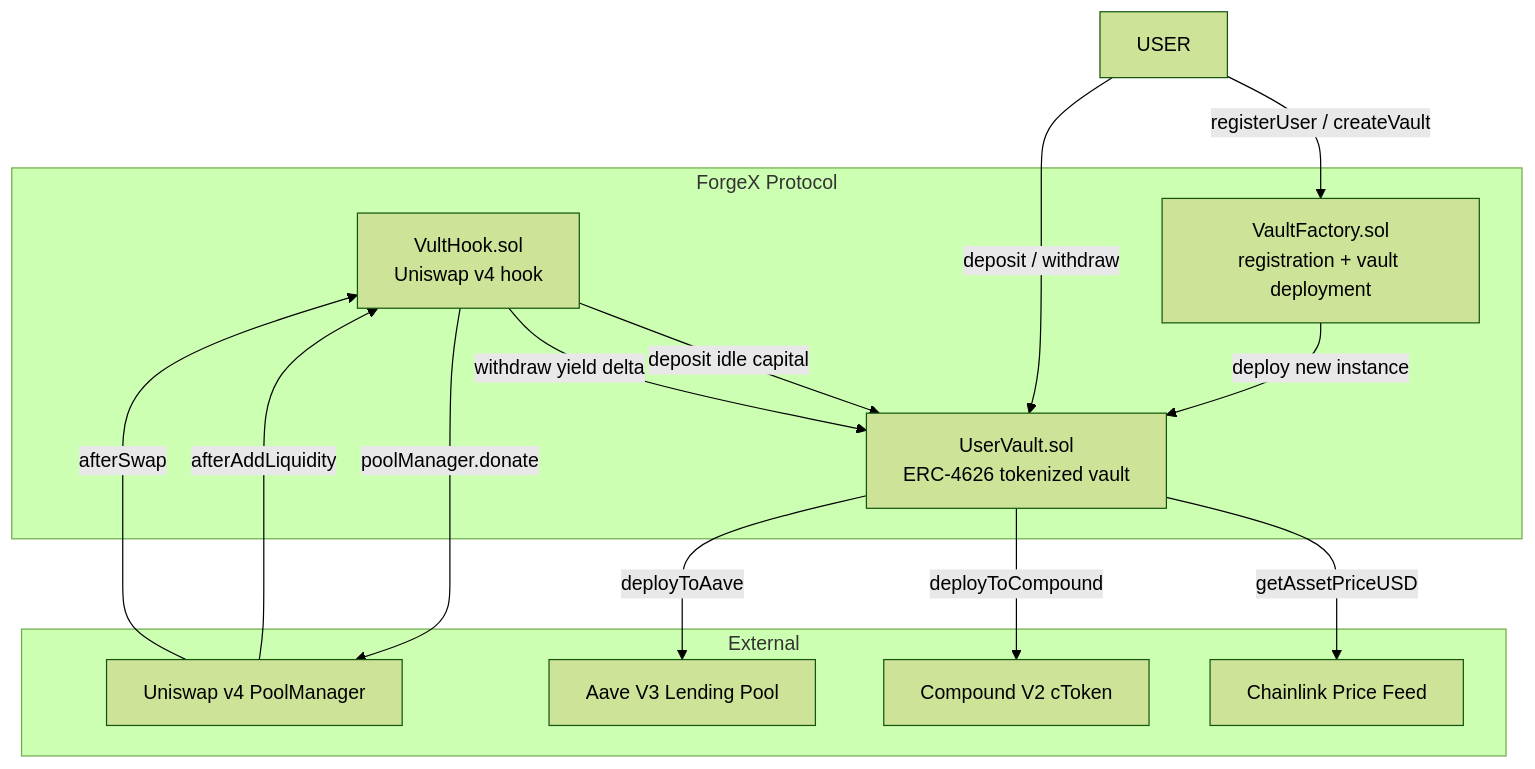
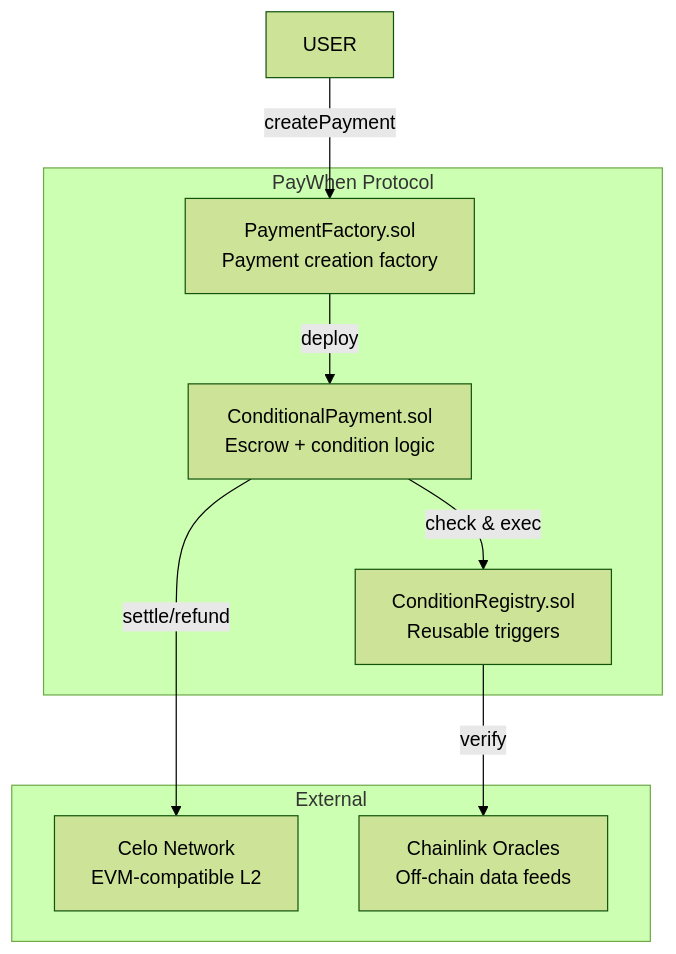
Before and after one commit to thebabalola/paywhen: the diagram in smartcontract/README.md, drawn with Mermaid (forest theme). The commit also changed other lines of this file and 22 other files, not shown here.

First line of the commit message:
refactor: convert ForgeX to PayWhen conditional payment protocol

````diff
--- a/smartcontract/README.md
+++ b/smartcontract/README.md
@@ -32,28 +17,24 @@
 ```mermaid
 graph TD
-    subgraph "ForgeX Protocol"
-        VF[VaultFactory.sol\nregistration + vault deployment]
-        UV[UserVault.sol\nERC-4626 tokenized vault]
-        VH[VultHook.sol\nUniswap v4 hook]
+    subgraph "PayWhen Protocol"
+        PF[PaymentFactory.sol
+        Payment creation factory]
+        CP[ConditionalPayment.sol
+        Escrow + condition logic]
+        CR[ConditionRegistry.sol
+        Reusable triggers]
     end
-
+    
     subgraph "External"
-        PM[Uniswap v4 PoolManager]
-        AAVE[Aave V3 Lending Pool]
-        COMP[Compound V2 cToken]
-        CL[Chainlink Price Feed]
+        CELO[Celo Network
+        EVM-compatible L2]
+        ORACLE[Chainlink Oracles
+        Off-chain data feeds]
     end
-
-    USER -->|registerUser / createVault| VF
-    VF -->|deploy new instance| UV
-    USER -->|deposit / withdraw| UV
-    UV -->|deployToAave| AAVE
-    UV -->|deployToCompound| COMP
-    UV -->|getAssetPriceUSD| CL
-
-    PM -->|afterAddLiquidity| VH
-    VH -->|deposit idle capital| UV
-    PM -->|afterSwap| VH
-    VH -->|withdraw yield delta| UV
-    VH -->|poolManager.donate| PM
+    
+    USER -->|createPayment| PF
+    PF -->|deploy| CP
+    CP -->|check & exec| CR
+    CR -->|verify| ORACLE
+    CP -->|settle/refund| CELO
 ```
````
